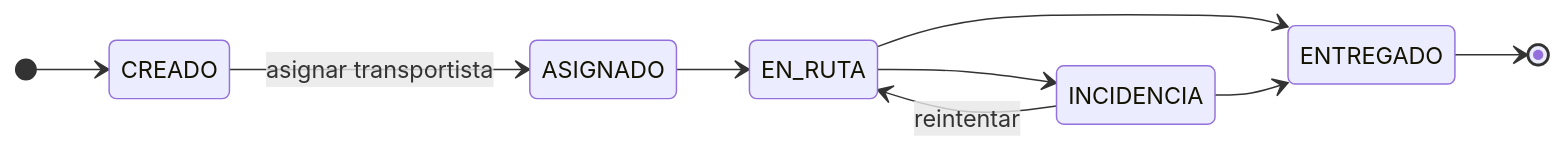
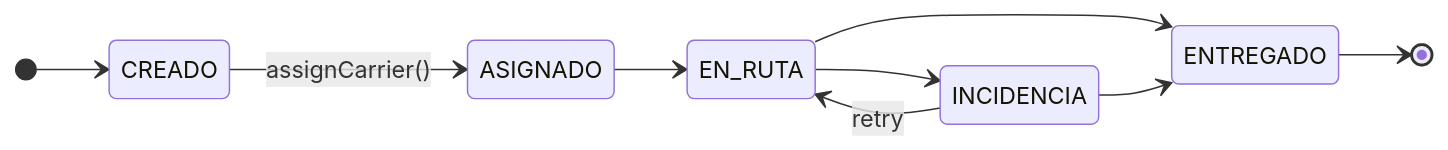
One commit to smartLogixfs/smartlogixs changed the eighth of 8 diagrams in README.md. Above: the diagram before and after it, drawn with Mermaid. The commit also changed other lines of this file and 8 other files, not shown here.

````diff
--- a/README.md
+++ b/README.md
@@ -322,12 +362,12 @@
 ```mermaid
 stateDiagram-v2
     direction LR
     [*] --> CREADO
-    CREADO --> ASIGNADO : asignar transportista
+    CREADO --> ASIGNADO : assignCarrier()
     ASIGNADO --> EN_RUTA
     EN_RUTA --> ENTREGADO
     EN_RUTA --> INCIDENCIA
-    INCIDENCIA --> EN_RUTA : reintentar
+    INCIDENCIA --> EN_RUTA : retry
     INCIDENCIA --> ENTREGADO
     ENTREGADO --> [*]
 ```
````
